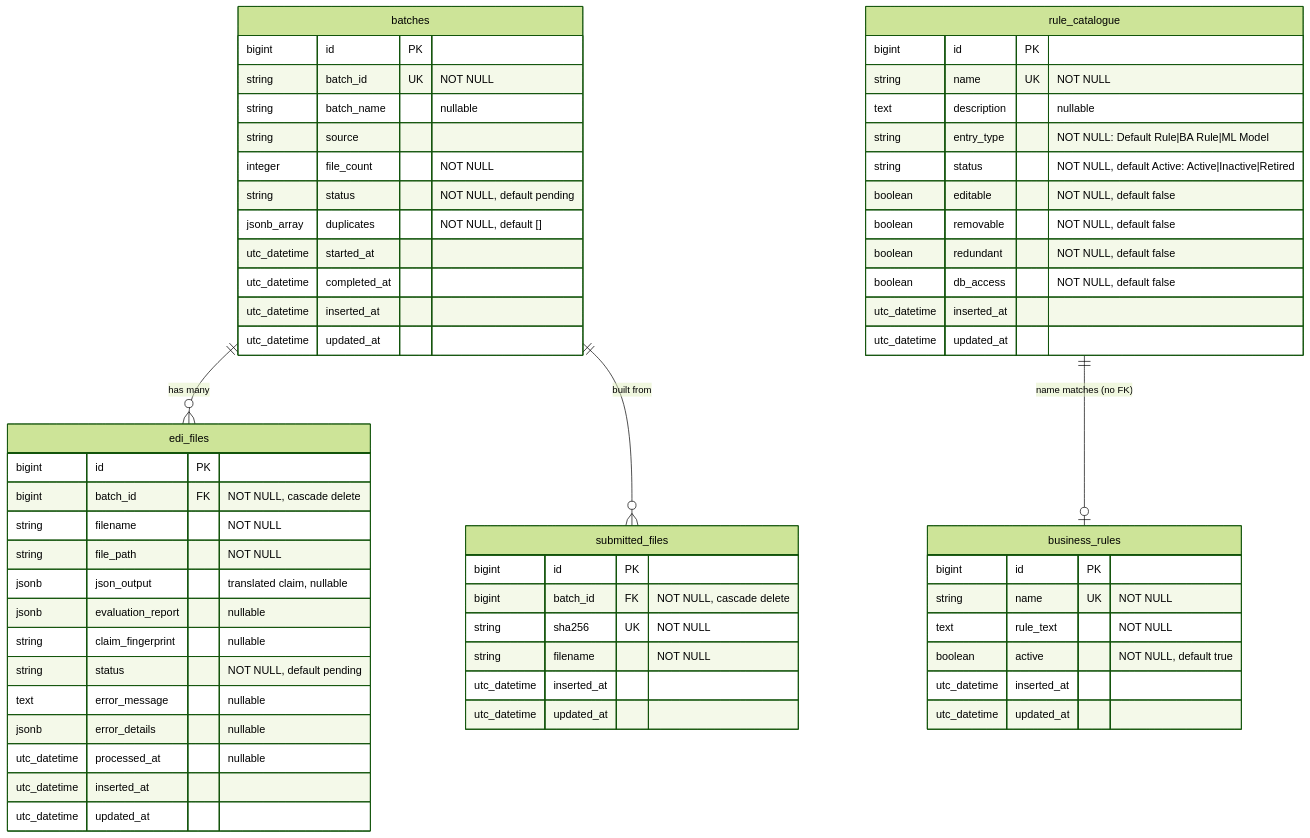
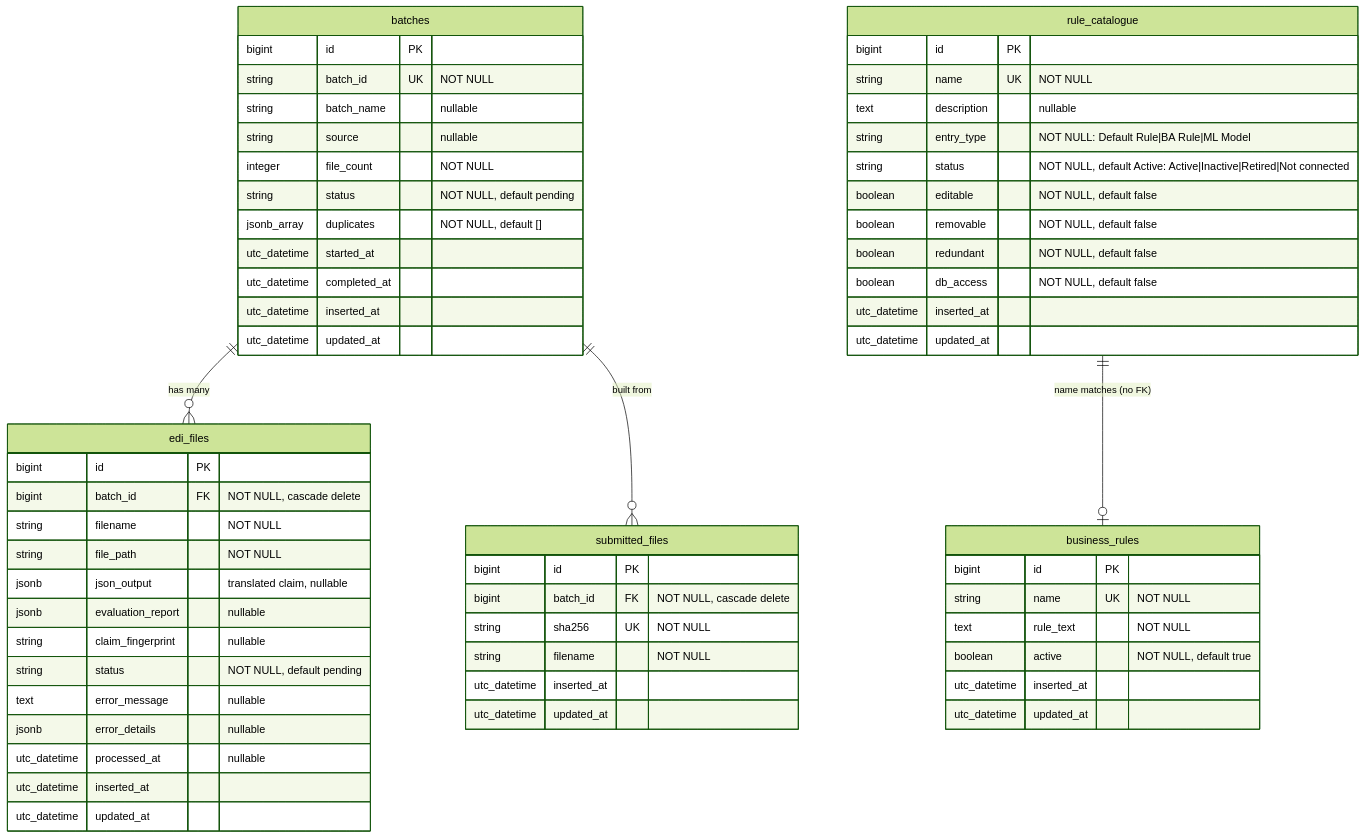
The first of 3 diagrams in docs/DATABASE_ERD.md (donfox/medicaid_claims_checker), drawn with Mermaid (forest theme) before and after one commit. The commit also changed other lines of this file, not shown here.

First line of the commit message:
docs(erd): match the database: Not connected status, rule-text links

````diff
--- a/docs/DATABASE_ERD.md
+++ b/docs/DATABASE_ERD.md
@@ -9,68 +9,68 @@
 ```mermaid
 erDiagram
     batches ||--o{ edi_files : "has many"
     batches ||--o{ submitted_files : "built from"
     rule_catalogue ||--o| business_rules : "name matches (no FK)"
 
     batches {
         bigint id PK
         string batch_id UK "NOT NULL"
         string batch_name "nullable"
-        string source
+        string source "nullable"
         integer file_count "NOT NULL"
         string status "NOT NULL, default pending"
         jsonb_array duplicates "NOT NULL, default []"
         utc_datetime started_at
         utc_datetime completed_at
         utc_datetime inserted_at
         utc_datetime updated_at
     }
 
     edi_files {
         bigint id PK
         bigint batch_id FK "NOT NULL, cascade delete"
         string filename "NOT NULL"
         string file_path "NOT NULL"
         jsonb json_output "translated claim, nullable"
         jsonb evaluation_report "nullable"
         string claim_fingerprint "nullable"
         string status "NOT NULL, default pending"
         text error_message "nullable"
         jsonb error_details "nullable"
         utc_datetime processed_at "nullable"
         utc_datetime inserted_at
         utc_datetime updated_at
     }
 
     submitted_files {
         bigint id PK
         bigint batch_id FK "NOT NULL, cascade delete"
         string sha256 UK "NOT NULL"
         string filename "NOT NULL"
         utc_datetime inserted_at
         utc_datetime updated_at
     }
 
     rule_catalogue {
         bigint id PK
         string name UK "NOT NULL"
         text description "nullable"
         string entry_type "NOT NULL: Default Rule|BA Rule|ML Model"
-        string status "NOT NULL, default Active: Active|Inactive|Retired"
+        string status "NOT NULL, default Active: Active|Inactive|Retired|Not connected"
         boolean editable "NOT NULL, default false"
         boolean removable "NOT NULL, default false"
         boolean redundant "NOT NULL, default false"
         boolean db_access "NOT NULL, default false"
         utc_datetime inserted_at
         utc_datetime updated_at
     }
 
     business_rules {
         bigint id PK
         string name UK "NOT NULL"
         text rule_text "NOT NULL"
         boolean active "NOT NULL, default true"
         utc_datetime inserted_at
         utc_datetime updated_at
     }
 ```
````
